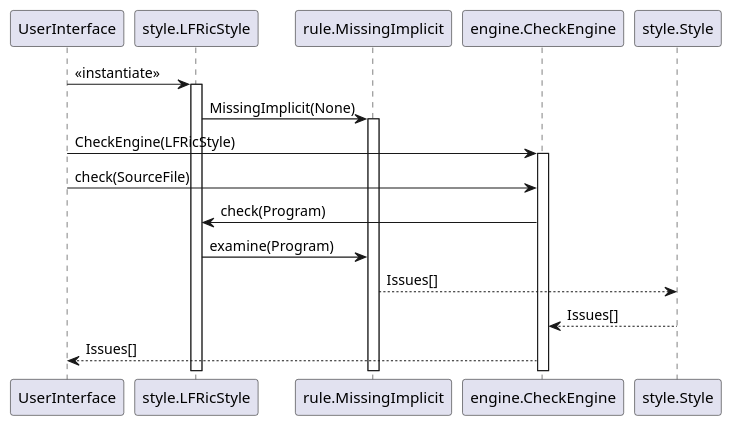
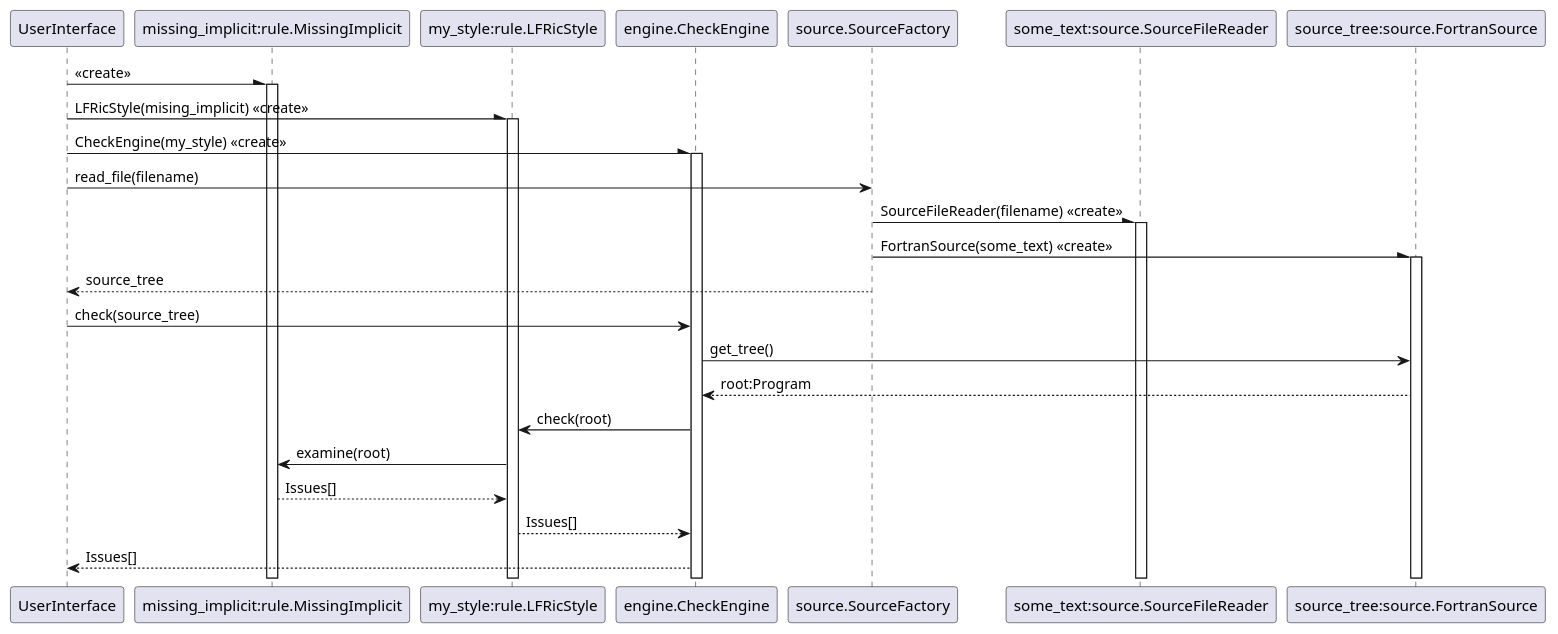
Before and after one commit to MetOffice/stylist: the diagram in documentation/source/developer-information/uml/sequence_diagram.puml, drawn with PlantUML. The commit also changed 5 other files, not shown here.

Commit message:
Improved diagrams.

```diff
--- a/documentation/source/developer-information/uml/sequence_diagram.puml
+++ b/documentation/source/developer-information/uml/sequence_diagram.puml
@@ -1,25 +1,41 @@
 @startuml Checker Sequence Diagram
 participant UserInterface
+participant "missing_implicit:rule.MissingImplicit" as MissingImplicit
+participant "my_style:rule.LFRicStyle" as LFRicStyle
+participant engine.CheckEngine as CheckEngine
+participant source.SourceFactory
+participant "some_text:source.SourceFileReader" as SourceFileReader
+participant "source_tree:source.FortranSource" as FortranSource
 
-UserInterface -> style.LFRicStyle : <<instantiate>>
-activate style.LFRicStyle
+UserInterface -\ MissingImplicit : <<create>>
+activate MissingImplicit
 
-style.LFRicStyle -> rule.MissingImplicit : MissingImplicit(None)
-activate rule.MissingImplicit
+UserInterface -\ LFRicStyle : LFRicStyle(mising_implicit) <<create>>
+activate LFRicStyle
 
-UserInterface -> engine.CheckEngine : CheckEngine(LFRicStyle)
-activate engine.CheckEngine
+UserInterface -\ CheckEngine : CheckEngine(my_style) <<create>>
+activate CheckEngine
 
-UserInterface -> engine.CheckEngine : check(SourceFile)
+UserInterface -> source.SourceFactory: read_file(filename)
 
-engine.CheckEngine -> style.LFRicStyle : check(Program)
+source.SourceFactory -\ SourceFileReader: SourceFileReader(filename) <<create>>
+activate SourceFileReader
 
-style.LFRicStyle -> rule.MissingImplicit : examine(Program)
+source.SourceFactory -\ FortranSource: FortranSource(some_text) <<create>>
+activate FortranSource
 
-rule.MissingImplicit --> style.Style : Issues[]
+source.SourceFactory --> UserInterface: source_tree
 
-style.Style --> engine.CheckEngine : Issues[]
+UserInterface -> CheckEngine : check(source_tree)
 
-engine.CheckEngine --> UserInterface : Issues[]
+CheckEngine -> FortranSource : get_tree()
+FortranSource --> CheckEngine : root:Program
+
+CheckEngine -> LFRicStyle : check(root)
+LFRicStyle -> MissingImplicit : examine(root)
+MissingImplicit --> LFRicStyle : Issues[]
+LFRicStyle --> CheckEngine : Issues[]
+
+CheckEngine --> UserInterface : Issues[]
 
 @enduml
```
